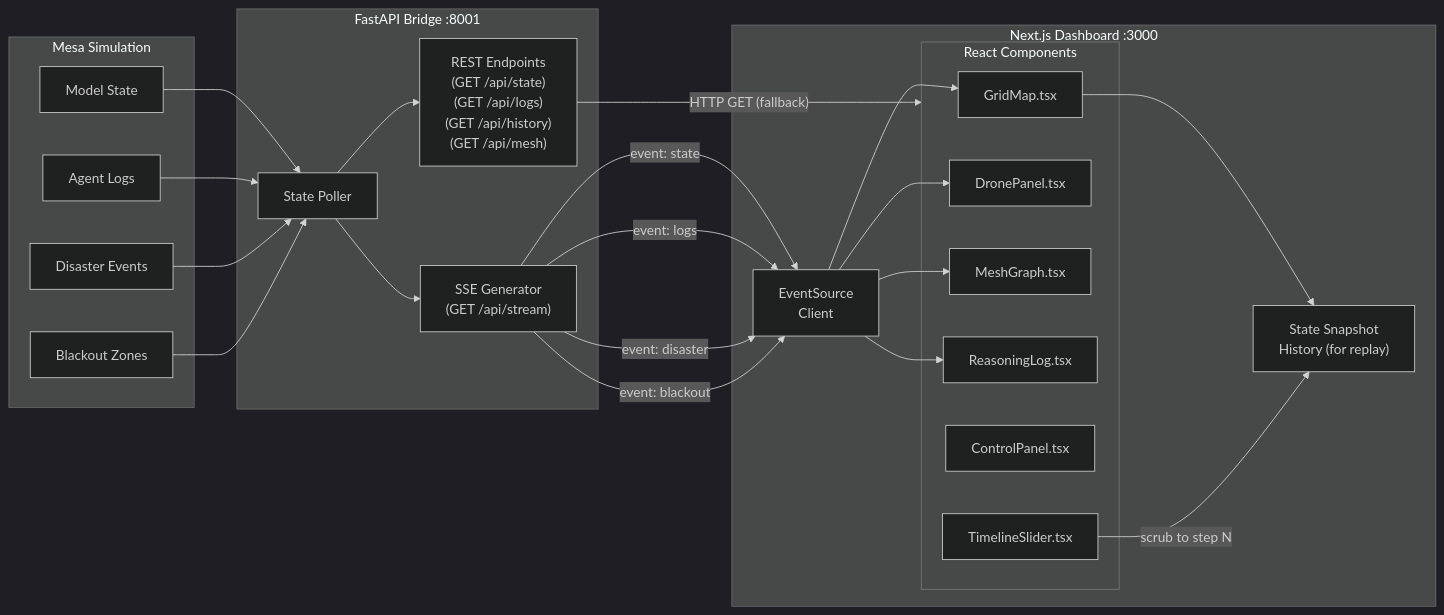
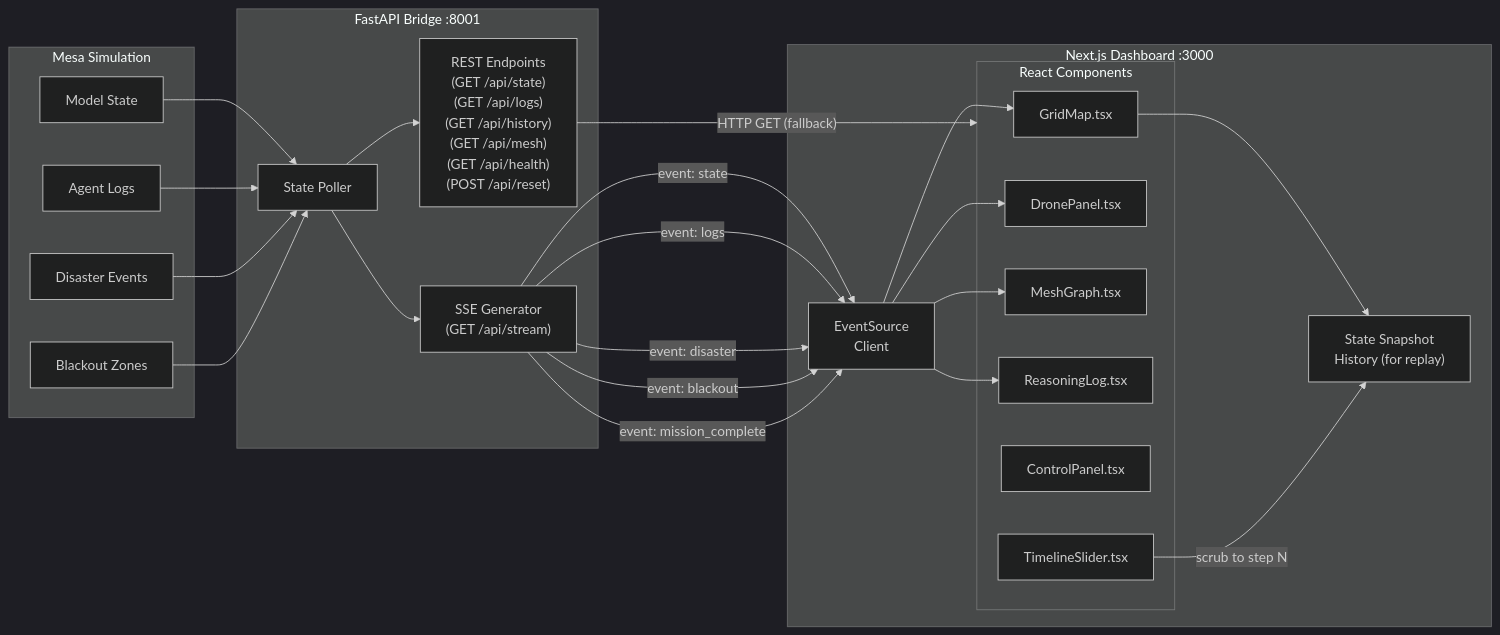
One commit to Andersonnn7788/drone-agents changed the eighth of 10 diagrams in architecture.md. Above: the diagram before and after it, drawn with Mermaid (dark theme). The commit also changed other lines of this file and 27 other files, not shown here.

````diff
--- a/architecture.md
+++ b/architecture.md
@@ -304,51 +308,52 @@
 ```mermaid
 flowchart LR
     subgraph Mesa["Mesa Simulation"]
         MS[Model State]
         AL[Agent Logs]
         DE[Disaster Events]
         BZ[Blackout Zones]
     end
 
     subgraph Bridge["FastAPI Bridge :8001"]
         POLL["State Poller"]
         SSE_GEN["SSE Generator<br>(GET /api/stream)"]
-        REST_EP["REST Endpoints<br>(GET /api/state)<br>(GET /api/logs)<br>(GET /api/history)<br>(GET /api/mesh)"]
+        REST_EP["REST Endpoints<br>(GET /api/state)<br>(GET /api/logs)<br>(GET /api/history)<br>(GET /api/mesh)<br>(GET /api/health)<br>(POST /api/reset)"]
     end
 
     subgraph Dashboard["Next.js Dashboard :3000"]
         EVS["EventSource<br>Client"]
         subgraph Components["React Components"]
             GM[GridMap.tsx]
             DP[DronePanel.tsx]
             MG[MeshGraph.tsx]
             RL[ReasoningLog.tsx]
             CP[ControlPanel.tsx]
             TS[TimelineSlider.tsx]
         end
         SNAP["State Snapshot<br>History (for replay)"]
     end
 
     MS --> POLL
     AL --> POLL
     DE --> POLL
     BZ --> POLL
 
     POLL --> SSE_GEN
     POLL --> REST_EP
 
     SSE_GEN -->|"event: state"| EVS
     SSE_GEN -->|"event: logs"| EVS
     SSE_GEN -->|"event: disaster"| EVS
     SSE_GEN -->|"event: blackout"| EVS
+    SSE_GEN -->|"event: mission_complete"| EVS
 
     REST_EP -->|"HTTP GET (fallback)"| Components
 
     EVS --> GM
     EVS --> DP
     EVS --> MG
     EVS --> RL
 
     GM --> SNAP
     TS -->|"scrub to step N"| SNAP
 ```
````
